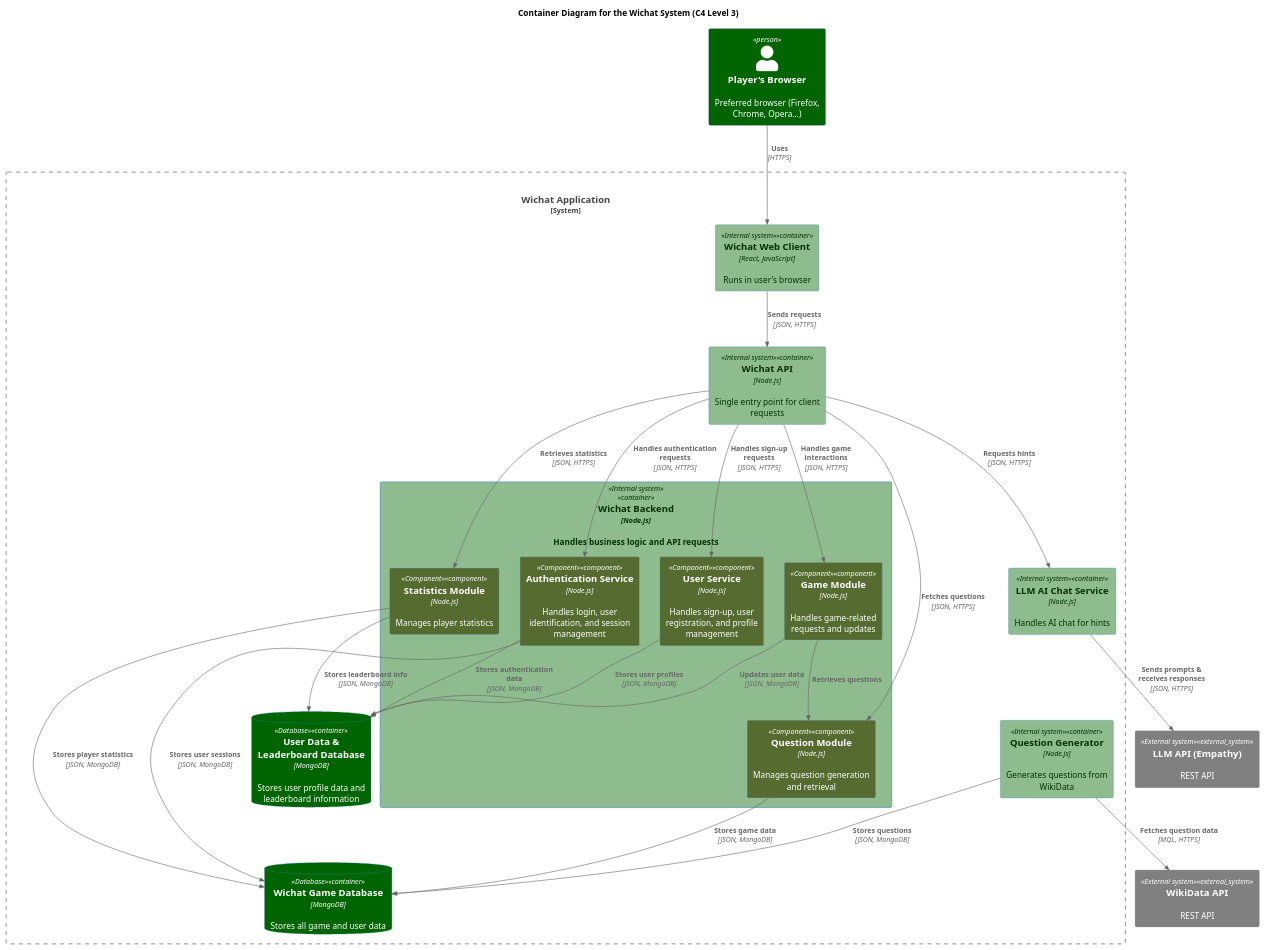
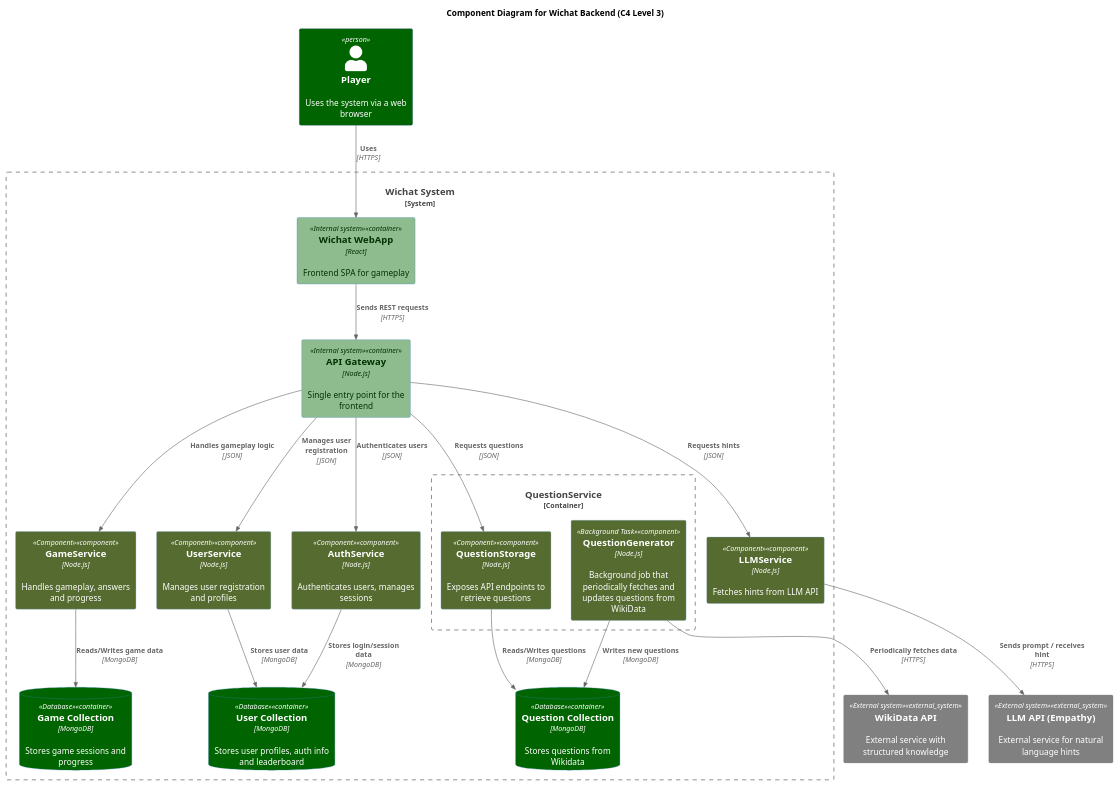
The diagram in docs/src/diagrams/C4_component_diagram.puml (Arquisoft/wichat_en1a), drawn with PlantUML before and after one commit. The commit also changed other lines of this file and 2 other files, not shown here.

```diff
--- a/docs/src/diagrams/C4_component_diagram.puml
+++ b/docs/src/diagrams/C4_component_diagram.puml
@@ -1,63 +1,58 @@
 @startuml
 !includeurl https://raw.githubusercontent.com/RicardoNiepel/C4-PlantUML/master/C4_Container.puml
-!include <c4/C4_Container.puml>
-!include <c4/C4_Component.puml>
+!includeurl https://raw.githubusercontent.com/RicardoNiepel/C4-PlantUML/master/C4_Component.puml
 
-title Container Diagram for the Wichat System (C4 Level 3)
+title Component Diagram for Wichat Backend (C4 Level 3)
 
 AddElementTag("Person", $bgColor="#darkgreen", $fontColor="#white")
 AddElementTag("Internal system", $bgColor="#darkseagreen", $fontColor="#003300")
-AddElementTag("External system", $bgColor="#gray", $fontColor="#white")
 AddElementTag("Database", $bgColor="#darkgreen", $fontColor="#white")
 AddElementTag("Component", $bgColor="#darkolivegreen", $fontColor="#white")
+AddElementTag("Background Task", $bgColor="#556B2F", $fontColor="#ffffff")
+AddElementTag("External system", $bgColor="#gray", $fontColor="#white")
 
-' Containers
-Person(player, "Player's Browser", "Preferred browser (Firefox, Chrome, Opera...)")
+Person(player, "Player", "Uses the system via a web browser")
 
-System_Boundary(wichat, "Wichat Application") {
-Container(web_app, "Wichat Web Client", "React, JavaScript", "Runs in user's browser", $tags="Internal system")
-Container(api_gateway, "Wichat API", "Node.js", "Single entry point for client requests", $tags="Internal system")
+System_Boundary(wichat, "Wichat System") {
 
-Container(backend, "Wichat Backend", "Node.js", "Handles business logic and API requests", $tags="Internal system") {
-    Component(user_service, "User Service", "Node.js", "Handles sign-up, user registration, and profile management", $tags="Component")
-    Component(auth_service, "Authentication Service", "Node.js", "Handles login, user identification, and session management", $tags="Component")
-    Component(game_module, "Game Module", "Node.js", "Handles game-related requests and updates", $tags="Component")
-    Component(statistics_module, "Statistics Module", "Node.js", "Manages player statistics", $tags="Component")
-    Component(question_module, "Question Module", "Node.js", "Manages question generation and retrieval", $tags="Component")
+  Container(webapp, "Wichat WebApp", "React", "Frontend SPA for gameplay", $tags="Internal system")
+  Container(gateway, "API Gateway", "Node.js", "Single entry point for the frontend", $tags="Internal system")
+
+  Component(gameservice, "GameService", "Node.js", "Handles gameplay, answers and progress", $tags="Component")
+
+  Container_Boundary(questionservice, "QuestionService") {
+    Component(questionstorage, "QuestionStorage", "Node.js", "Exposes API endpoints to retrieve questions", $tags="Component")
+    Component(questiongenerator, "QuestionGenerator", "Node.js", "Background job that periodically fetches and updates questions from WikiData", $tags="Background Task")
+  }
+
+  Component(llmservice, "LLMService", "Node.js", "Fetches hints from LLM API", $tags="Component")
+  Component(authservice, "AuthService", "Node.js", "Authenticates users, manages sessions", $tags="Component")
+  Component(userservice, "UserService", "Node.js", "Manages user registration and profiles", $tags="Component")
+
+  ContainerDb(gamedb, "Game Collection", "MongoDB", "Stores game sessions and progress", $tags="Database")
+  ContainerDb(questiondb, "Question Collection", "MongoDB", "Stores questions from Wikidata", $tags="Database")
+  ContainerDb(userdb, "User Collection", "MongoDB", "Stores user profiles, auth info and leaderboard", $tags="Database")
 }
 
-Container(question_generator, "Question Generator", "Node.js", "Generates questions from WikiData", $tags="Internal system")
-Container(llm_ai_chat, "LLM AI Chat Service", "Node.js", "Handles AI chat for hints", $tags="Internal system")
-ContainerDb(game_data_db, "Wichat Game Database", "MongoDB", "Stores all game and user data", $tags="Database")
-ContainerDb(user_data_db, "User Data & Leaderboard Database", "MongoDB", "Stores user profile data and leaderboard information", $tags="Database")
-}
+System_Ext(wikidata, "WikiData API", "External service with structured knowledge", $tags="External system")
+System_Ext(llm_api, "LLM API (Empathy)", "External service for natural language hints", $tags="External system")
 
-System_Ext(wikidata, "WikiData API", "REST API", $tags="External system")
-System_Ext(llm_api, "LLM API (Empathy)", "REST API", $tags="External system")
+' Interactions
+Rel(player, webapp, "Uses", "HTTPS")
+Rel(webapp, gateway, "Sends REST requests", "HTTPS")
 
-' Relations
-Rel(player, web_app, "Uses", "HTTPS")
-Rel(web_app, api_gateway, "Sends requests", "JSON, HTTPS")
-Rel(api_gateway, user_service, "Handles sign-up requests", "JSON, HTTPS")
-Rel(api_gateway, auth_service, "Handles authentication requests", "JSON, HTTPS")
-Rel(api_gateway, game_module, "Handles game interactions", "JSON, HTTPS")
-Rel(api_gateway, statistics_module, "Retrieves statistics", "JSON, HTTPS")
-Rel(api_gateway, llm_ai_chat, "Requests hints", "JSON, HTTPS")
-Rel(api_gateway, question_module, "Fetches questions", "JSON, HTTPS")
+Rel(gateway, userservice, "Manages user registration", "JSON")
+Rel(gateway, authservice, "Authenticates users", "JSON")
+Rel(gateway, gameservice, "Handles gameplay logic", "JSON")
+Rel(gateway, questionstorage, "Requests questions", "JSON")
+Rel(gateway, llmservice, "Requests hints", "JSON")
 
-Rel(question_generator, wikidata, "Fetches question data", "MQL, HTTPS")
-Rel(llm_ai_chat, llm_api, "Sends prompts & receives responses", "JSON, HTTPS")
-Rel(question_generator, game_data_db, "Stores questions", "JSON, MongoDB")
+Rel(gameservice, gamedb, "Reads/Writes game data", "MongoDB")
+Rel(questionstorage, questiondb, "Reads/Writes questions", "MongoDB")
+Rel(userservice, userdb, "Stores user data", "MongoDB")
+Rel(authservice, userdb, "Stores login/session data", "MongoDB")
+Rel(llmservice, llm_api, "Sends prompt / receives hint", "HTTPS")
+Rel(questiongenerator, wikidata, "Periodically fetches data", "HTTPS")
+Rel(questiongenerator, questiondb, "Writes new questions", "MongoDB")
 
-' Relations for backend modules
-Rel(game_module, question_module, "Retrieves questions")
-Rel(question_module, game_data_db, "Stores game data", "JSON, MongoDB")
-Rel(statistics_module, game_data_db, "Stores player statistics", "JSON, MongoDB")
-Rel(auth_service, game_data_db, "Stores user sessions", "JSON, MongoDB")
-Rel(user_service, user_data_db, "Stores user profiles", "JSON, MongoDB")
-
-' User Data & Leaderboard Database Relations
-Rel(statistics_module, user_data_db, "Stores leaderboard info", "JSON, MongoDB")
-Rel(auth_service, user_data_db, "Stores authentication data", "JSON, MongoDB")
-Rel(game_module, user_data_db, "Updates user data", "JSON, MongoDB")
 @enduml
```
